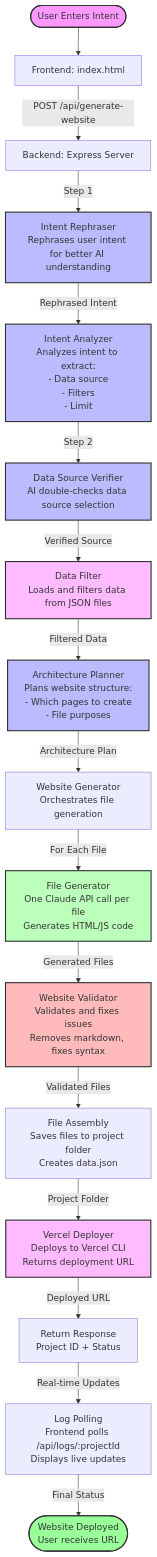
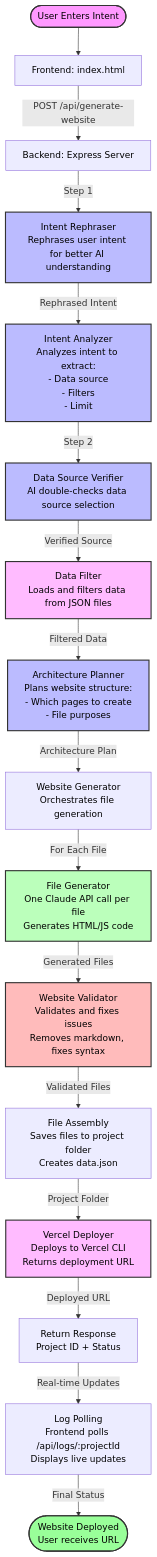
Before and after one commit to Lancerhawk/Dynamic_Wesbite_Generator: the diagram in README.md, drawn with Mermaid.

Commit message:
readme updated

````diff
--- a/README.md
+++ b/README.md
@@ -17,40 +17,46 @@
 ```mermaid
 flowchart TD
     Start([User Enters Intent]) --> Frontend[Frontend: index.html]
     Frontend --> |POST /api/generate-website| Backend[Backend: Express Server]
     
     Backend --> |Step 1| Rephrase[Intent Rephraser<br/>Rephrases user intent for better AI understanding]
     Rephrase --> |Rephrased Intent| Analyze[Intent Analyzer<br/>Analyzes intent to extract:<br/>- Data source<br/>- Filters<br/>- Limit]
     
     Analyze --> |Step 2| Verify[Data Source Verifier<br/>AI double-checks data source selection]
     Verify --> |Verified Source| Filter[Data Filter<br/>Loads and filters data from JSON files]
     
     Filter --> |Filtered Data| Plan[Architecture Planner<br/>Plans website structure:<br/>- Which pages to create<br/>- File purposes]
     
     Plan --> |Architecture Plan| Generate[Website Generator<br/>Orchestrates file generation]
     
     Generate --> |For Each File| FileGen[File Generator<br/>One Claude API call per file<br/>Generates HTML/JS code]
     
     FileGen --> |Generated Files| Validate[Website Validator<br/>Validates and fixes issues<br/>Removes markdown, fixes syntax]
     
     Validate --> |Validated Files| Assemble[File Assembly<br/>Saves files to project folder<br/>Creates data.json]
     
     Assemble --> |Project Folder| Deploy[Vercel Deployer<br/>Deploys to Vercel CLI<br/>Returns deployment URL]
     
     Deploy --> |Deployed URL| Response[Return Response<br/>Project ID + Status]
     
     Response --> |Real-time Updates| Logs[Log Polling<br/>Frontend polls /api/logs/:projectId<br/>Displays live updates]
     
     Logs --> |Final Status| Complete([Website Deployed<br/>User receives URL])
     
-    style Start fill:#f9f,stroke:#333,stroke-width:2px
-    style Complete fill:#9f9,stroke:#333,stroke-width:2px
-    style Rephrase fill:#bbf,stroke:#333,stroke-width:2px
-    style Analyze fill:#bbf,stroke:#333,stroke-width:2px
-    style Verify fill:#bbf,stroke:#333,stroke-width:2px
-    style Filter fill:#fbf,stroke:#333,stroke-width:2px
-    style Plan fill:#bbf,stroke:#333,stroke-width:2px
-    style FileGen fill:#bfb,stroke:#333,stroke-width:2px
-    style Validate fill:#fbb,stroke:#333,stroke-width:2px
-    style Deploy fill:#fbf,stroke:#333,stroke-width:2px
+    style Start fill:#f9f,stroke:#333,stroke-width:2px,color:#000
+    style Complete fill:#9f9,stroke:#333,stroke-width:2px,color:#000
+    style Frontend color:#000
+    style Backend color:#000
+    style Rephrase fill:#bbf,stroke:#333,stroke-width:2px,color:#000
+    style Analyze fill:#bbf,stroke:#333,stroke-width:2px,color:#000
+    style Verify fill:#bbf,stroke:#333,stroke-width:2px,color:#000
+    style Filter fill:#fbf,stroke:#333,stroke-width:2px,color:#000
+    style Plan fill:#bbf,stroke:#333,stroke-width:2px,color:#000
+    style Generate color:#000
+    style FileGen fill:#bfb,stroke:#333,stroke-width:2px,color:#000
+    style Validate fill:#fbb,stroke:#333,stroke-width:2px,color:#000
+    style Assemble color:#000
+    style Deploy fill:#fbf,stroke:#333,stroke-width:2px,color:#000
+    style Response color:#000
+    style Logs color:#000
 ```
````
